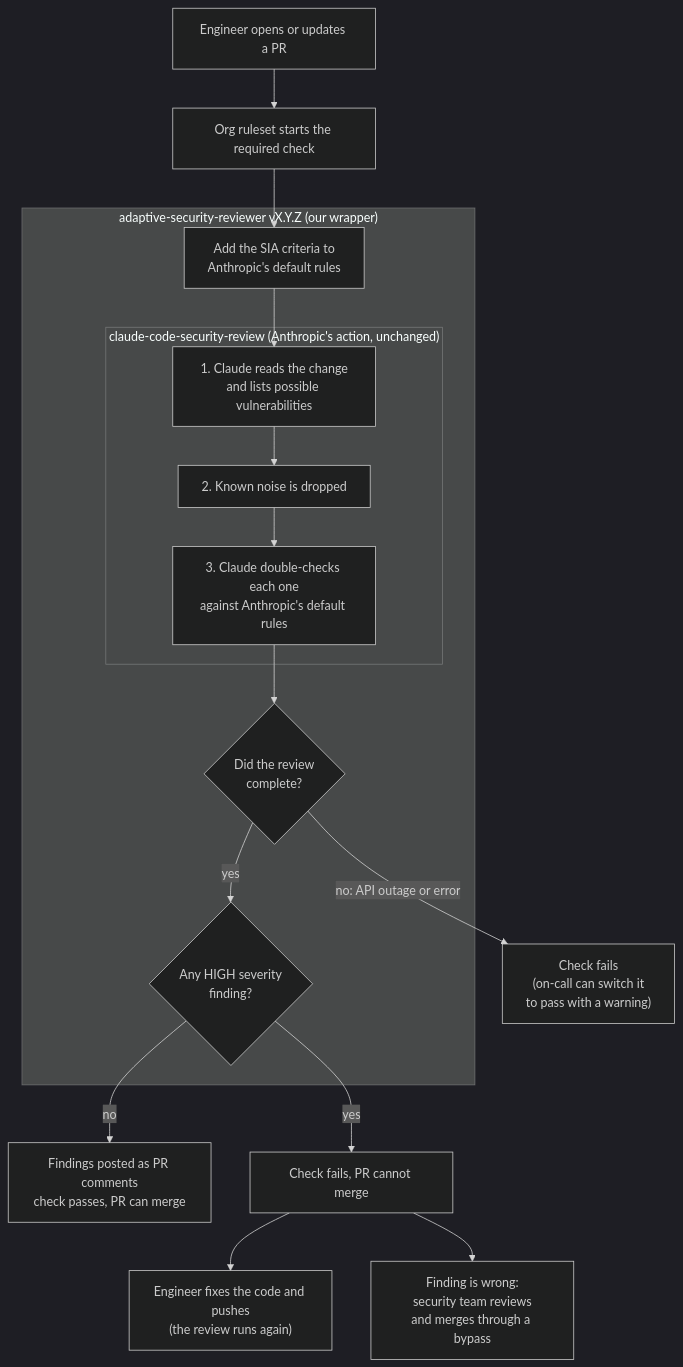
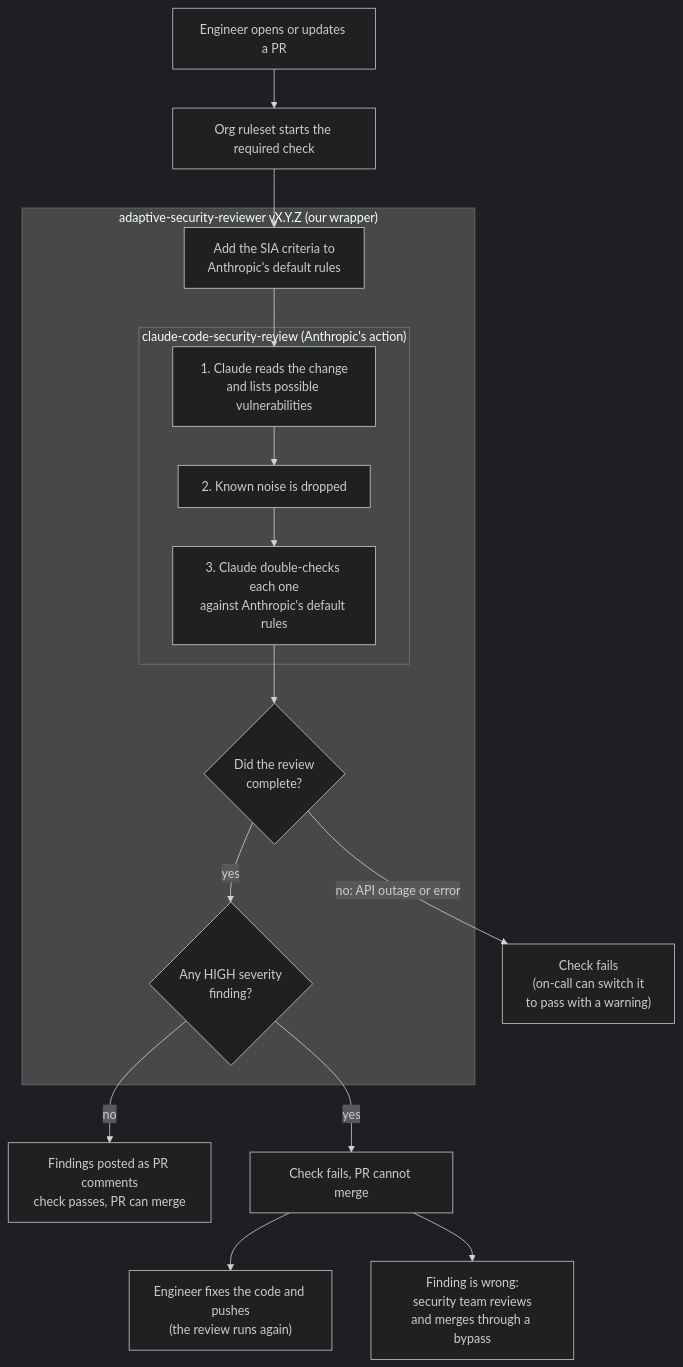
Before and after one commit to ssc-telec-corp/agentic-reviewer: the first of 2 diagrams in docs/README.md, drawn with Mermaid (dark theme). The commit also changed other lines of this file and 11 other files, not shown here.

````diff
--- a/docs/README.md
+++ b/docs/README.md
@@ -7,25 +7,25 @@
 ```mermaid
 flowchart TD
     A["Engineer opens or updates a PR"] --> B["Org ruleset starts the required check"]
     B --> C
 
     subgraph W["adaptive-security-reviewer vX.Y.Z (our wrapper)"]
         C["Add the SIA criteria to<br/>Anthropic's default rules"]
-        subgraph U["claude-code-security-review (Anthropic's action, unchanged)"]
+        subgraph U["claude-code-security-review (Anthropic's action)"]
             D1["1. Claude reads the change<br/>and lists possible vulnerabilities"]
             D2["2. Known noise is dropped"]
             D3["3. Claude double-checks each one<br/>against Anthropic's default rules"]
             D1 --> D2 --> D3
         end
         C --> D1
         D3 --> E{"Did the review<br/>complete?"}
         H{"Any HIGH severity<br/>finding?"}
     end
 
     E -- "no: API outage or error" --> G["Check fails<br/>(on-call can switch it<br/>to pass with a warning)"]
     E -- "yes" --> H
     H -- "no" --> F["Findings posted as PR comments<br/>check passes, PR can merge"]
     H -- "yes" --> B2["Check fails, PR cannot merge"]
     B2 --> I["Engineer fixes the code and pushes<br/>(the review runs again)"]
     B2 --> J["Finding is wrong:<br/>security team reviews<br/>and merges through a bypass"]
 ```
````
